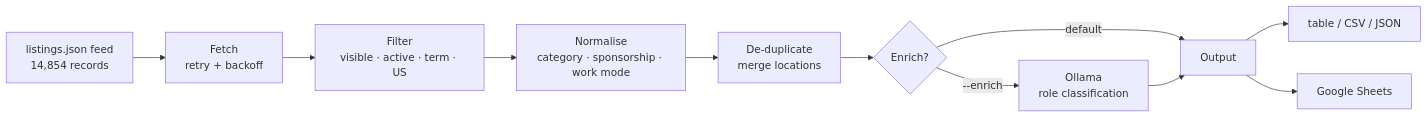
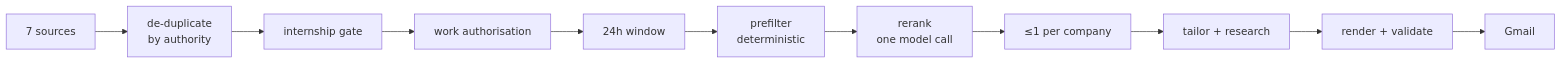
One commit to kurieu-mx/Internship_Agreggation_Platform changed the diagram in README.md. Above: the diagram before and after it, drawn with Mermaid. The commit also changed other lines of this file and 58 other files, not shown here.

````diff
--- a/README.md
+++ b/README.md
@@ -71,13 +78,13 @@
 ```mermaid
 flowchart LR
-    A[listings.json feed<br/>14,854 records] --> B[Fetch<br/>retry + backoff]
-    B --> C[Filter<br/>visible · active · term · US]
-    C --> D[Normalise<br/>category · sponsorship · work mode]
-    D --> E[De-duplicate<br/>merge locations]
-    E --> F{Enrich?}
-    F -->|--enrich| G[Ollama<br/>role classification]
-    F -->|default| H
-    G --> H[Output]
-    H --> I[table / CSV / JSON]
-    H --> J[Google Sheets]
+    A[7 sources] --> B[de-duplicate<br/>by authority]
+    B --> C[internship gate]
+    C --> D[work authorisation]
+    D --> E[24h window]
+    E --> F[prefilter<br/>deterministic]
+    F --> G[rerank<br/>one model call]
+    G --> H[≤1 per company]
+    H --> I[tailor + research]
+    I --> J[render + validate]
+    J --> K[Gmail]
 ```
````
